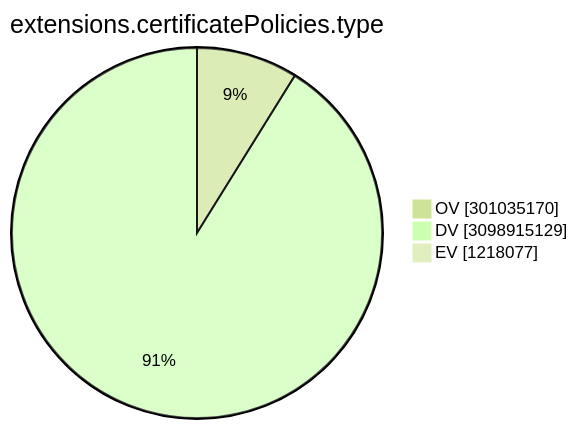
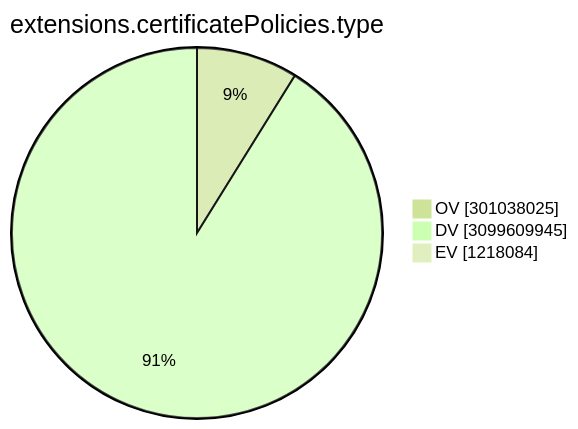
One commit to christiankrug/ctmonitor_visualization changed the ninth of 15 diagrams in TOTAL/README.md. Above: the diagram before and after it, drawn with Mermaid (forest theme). The commit also changed other lines of this file, not shown here.

````diff
--- a/TOTAL/README.md
+++ b/TOTAL/README.md
@@ -3103,7 +3103,7 @@
 ```mermaid
 pie showData
 title extensions.certificatePolicies.type
-"OV" :301035170
-"DV" :3098915129
-"EV" :1218077
+"OV" :301038025
+"DV" :3099609945
+"EV" :1218084
 ```
````
